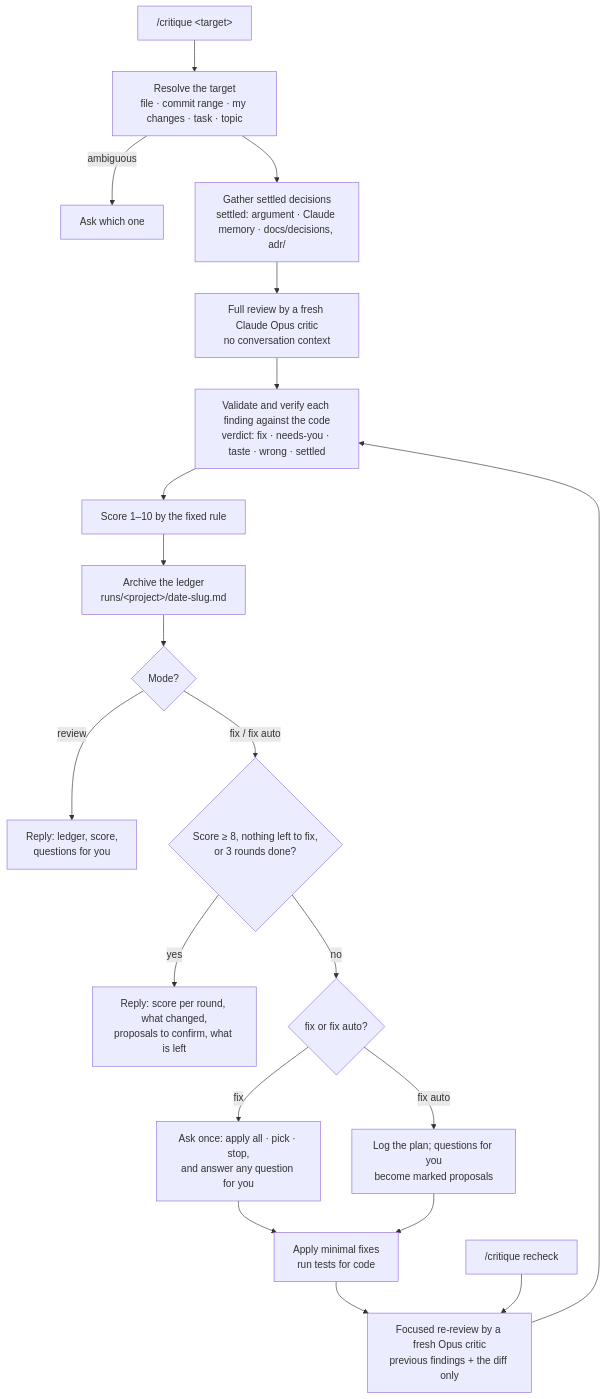
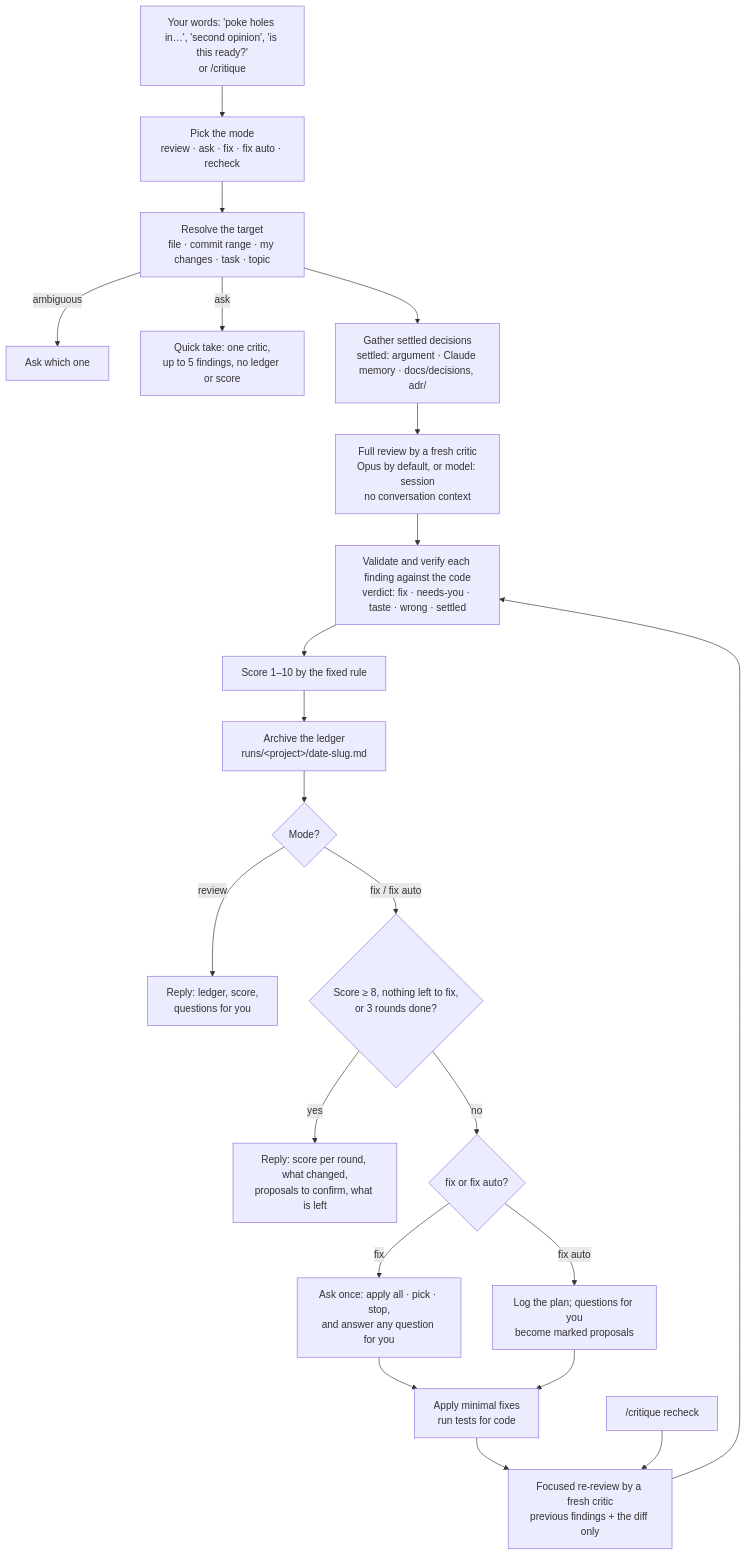
Before and after one commit to vjfrosty/vogon: the diagram in README.md, drawn with Mermaid. The commit also changed other lines of this file and 3 other files, not shown here.

Commit message:
Start from plain words without a slash, add a quick ask mode and a model option, and give install commands that work on Windows

````diff
--- a/README.md
+++ b/README.md
@@ -59,22 +71,24 @@
 ```mermaid
 flowchart TD
-    A["/critique &lt;target&gt;"] --> B["Resolve the target<br/>file · commit range · my changes · task · topic"]
+    U["Your words: 'poke holes in…', 'second opinion', 'is this ready?'<br/>or /critique"] --> MO["Pick the mode<br/>review · ask · fix · fix auto · recheck"]
+    MO --> B["Resolve the target<br/>file · commit range · my changes · task · topic"]
     B -->|ambiguous| ASK1["Ask which one"]
+    B -->|ask| QK["Quick take: one critic,<br/>up to 5 findings, no ledger or score"]
     B --> C["Gather settled decisions<br/>settled: argument · Claude memory · docs/decisions, adr/"]
-    C --> D["Full review by a fresh Claude Opus critic<br/>no conversation context"]
+    C --> D["Full review by a fresh critic<br/>Opus by default, or model: session<br/>no conversation context"]
     D --> V["Validate and verify each finding against the code<br/>verdict: fix · needs-you · taste · wrong · settled"]
     V --> I["Score 1–10 by the fixed rule"]
     I --> J["Archive the ledger<br/>runs/&lt;project&gt;/date-slug.md"]
     J --> K{"Mode?"}
     K -->|review| R["Reply: ledger, score,<br/>questions for you"]
     K -->|fix / fix auto| L{"Score ≥ 8, nothing left to fix,<br/>or 3 rounds done?"}
     L -->|yes| S["Reply: score per round, what changed,<br/>proposals to confirm, what is left"]
     L -->|no| N{"fix or fix auto?"}
     N -->|fix| O["Ask once: apply all · pick · stop,<br/>and answer any question for you"]
     N -->|fix auto| P["Log the plan; questions for you<br/>become marked proposals"]
     O --> Q["Apply minimal fixes<br/>run tests for code"]
     P --> Q
-    Q --> F["Focused re-review by a fresh Opus critic<br/>previous findings + the diff only"]
+    Q --> F["Focused re-review by a fresh critic<br/>previous findings + the diff only"]
     F --> V
     RC["/critique recheck"] --> F
 ```
````
